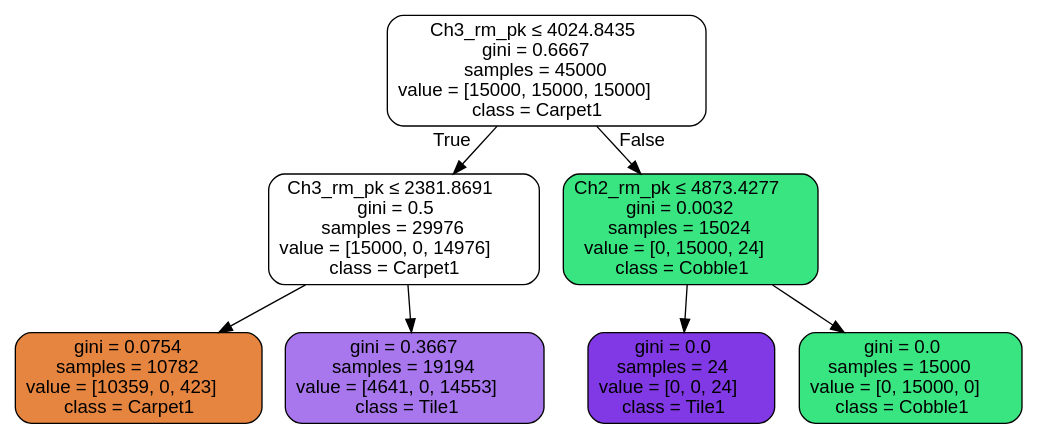
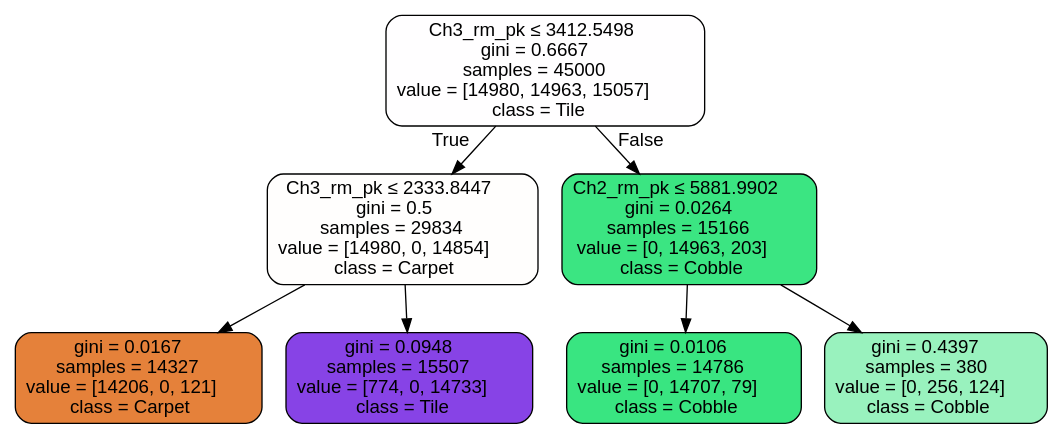
Before and after one commit to MoreCoffee12/AccelPlot: the diagram in PythonScripts/None.dot, drawn with Graphviz. The commit also changed 5 other files, not shown here.

```diff
--- a/PythonScripts/None.dot
+++ b/PythonScripts/None.dot
@@ -1,17 +1,17 @@
 digraph Tree {
 node [shape=box, style="filled, rounded", color="black", fontname=helvetica] ;
 edge [fontname=helvetica] ;
-0 [label=<Ch3_rm_pk &le; 4024.8435<br/>gini = 0.6667<br/>samples = 45000<br/>value = [15000, 15000, 15000]<br/>class = Carpet1>, fillcolor="#e5813900"] ;
-1 [label=<Ch3_rm_pk &le; 2381.8691<br/>gini = 0.5<br/>samples = 29976<br/>value = [15000, 0, 14976]<br/>class = Carpet1>, fillcolor="#e5813900"] ;
+0 [label=<Ch3_rm_pk &le; 3412.5498<br/>gini = 0.6667<br/>samples = 45000<br/>value = [14980, 14963, 15057]<br/>class = Tile>, fillcolor="#8139e501"] ;
+1 [label=<Ch3_rm_pk &le; 2333.8447<br/>gini = 0.5<br/>samples = 29834<br/>value = [14980, 0, 14854]<br/>class = Carpet>, fillcolor="#e5813902"] ;
 0 -> 1 [labeldistance=2.5, labelangle=45, headlabel="True"] ;
-2 [label=<gini = 0.0754<br/>samples = 10782<br/>value = [10359, 0, 423]<br/>class = Carpet1>, fillcolor="#e58139f5"] ;
+2 [label=<gini = 0.0167<br/>samples = 14327<br/>value = [14206, 0, 121]<br/>class = Carpet>, fillcolor="#e58139fd"] ;
 1 -> 2 ;
-3 [label=<gini = 0.3667<br/>samples = 19194<br/>value = [4641, 0, 14553]<br/>class = Tile1>, fillcolor="#8139e5ae"] ;
+3 [label=<gini = 0.0948<br/>samples = 15507<br/>value = [774, 0, 14733]<br/>class = Tile>, fillcolor="#8139e5f2"] ;
 1 -> 3 ;
-4 [label=<Ch2_rm_pk &le; 4873.4277<br/>gini = 0.0032<br/>samples = 15024<br/>value = [0, 15000, 24]<br/>class = Cobble1>, fillcolor="#39e581ff"] ;
+4 [label=<Ch2_rm_pk &le; 5881.9902<br/>gini = 0.0264<br/>samples = 15166<br/>value = [0, 14963, 203]<br/>class = Cobble>, fillcolor="#39e581fc"] ;
 0 -> 4 [labeldistance=2.5, labelangle=-45, headlabel="False"] ;
-5 [label=<gini = 0.0<br/>samples = 24<br/>value = [0, 0, 24]<br/>class = Tile1>, fillcolor="#8139e5ff"] ;
+5 [label=<gini = 0.0106<br/>samples = 14786<br/>value = [0, 14707, 79]<br/>class = Cobble>, fillcolor="#39e581fe"] ;
 4 -> 5 ;
-6 [label=<gini = 0.0<br/>samples = 15000<br/>value = [0, 15000, 0]<br/>class = Cobble1>, fillcolor="#39e581ff"] ;
+6 [label=<gini = 0.4397<br/>samples = 380<br/>value = [0, 256, 124]<br/>class = Cobble>, fillcolor="#39e58183"] ;
 4 -> 6 ;
 }
```
